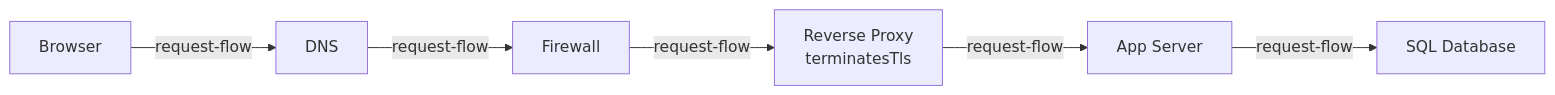
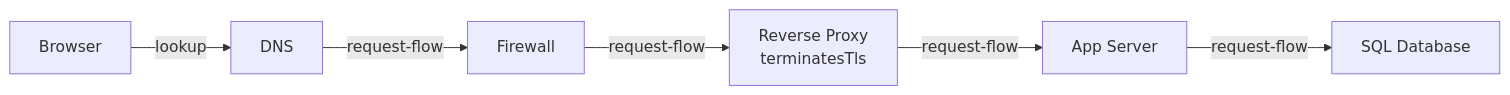
One commit to Prateesh-Sulikeri/ScaleCraft changed the diagram in public/content/chapters/bb-3-3-reverse-proxy.mdx. Above: the diagram before and after it, drawn with Mermaid. The commit also changed other lines of this file and 117 other files, not shown here.

````diff
--- a/public/content/chapters/bb-3-3-reverse-proxy.mdx
+++ b/public/content/chapters/bb-3-3-reverse-proxy.mdx
@@ -24,8 +23,8 @@
 ```mermaid
 flowchart LR
-  Br["Browser"] -->|"request-flow"| D["DNS"]
+  Br["Browser"] -->|"lookup"| D["DNS"]
   D -->|"request-flow"| F["Firewall"]
   F -->|"request-flow"| R["Reverse Proxy<br/>terminatesTls"]
   R -->|"request-flow"| A["App Server"]
   A -->|"request-flow"| S["SQL Database"]
 ```
````
